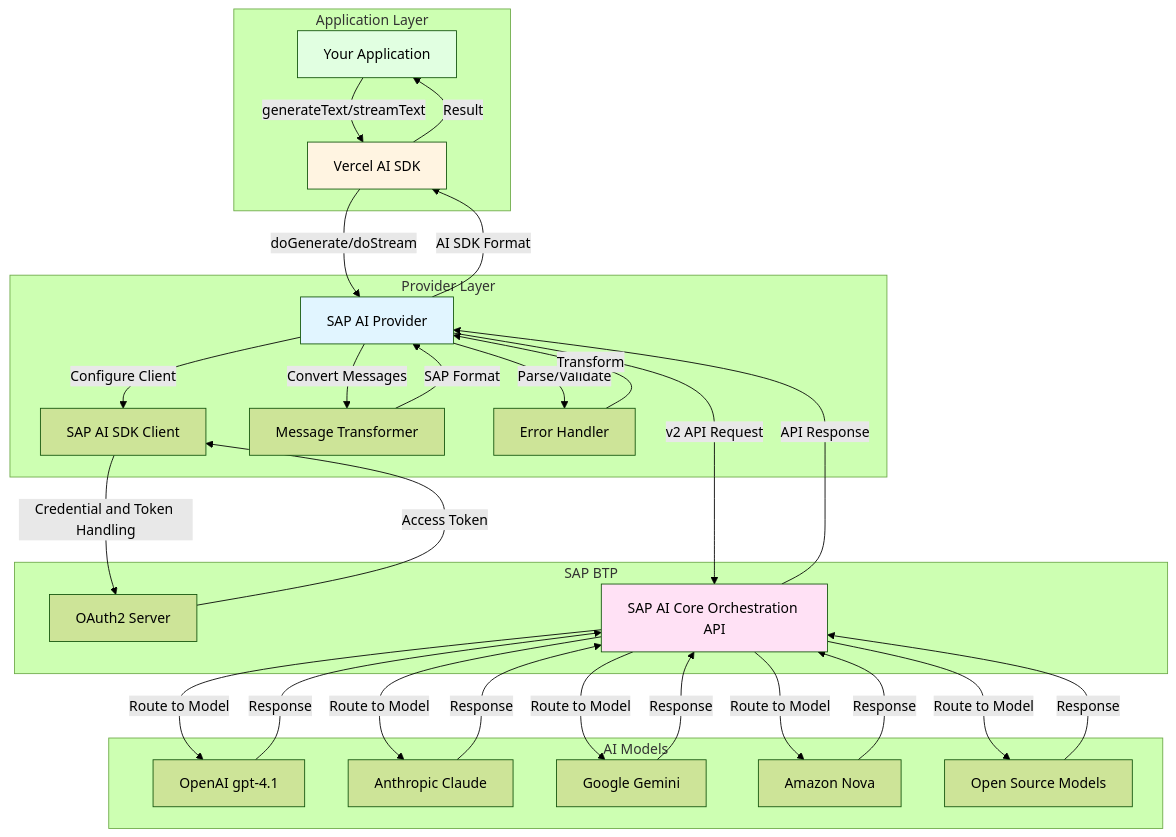
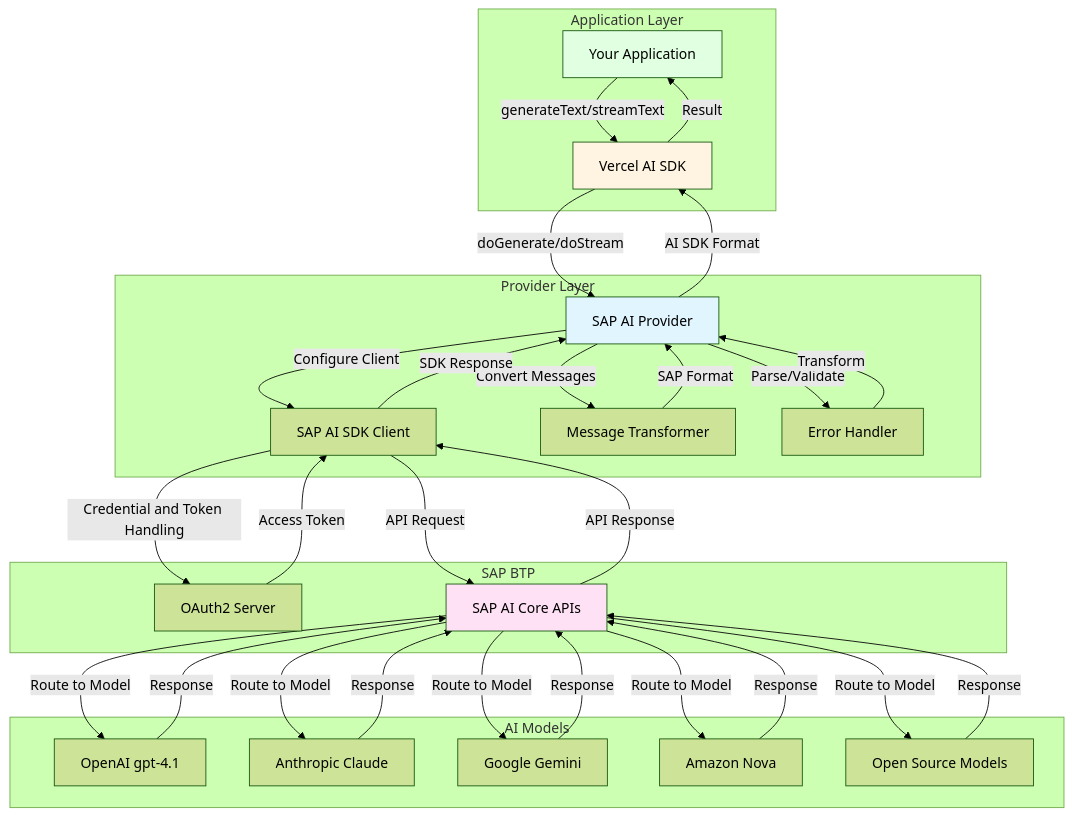
Before and after one commit to jerome-benoit/sap-ai-provider: the first of 11 diagrams in ARCHITECTURE.md, drawn with Mermaid (forest theme). The commit also changed other lines of this file and 24 other files, not shown here.

````diff
--- a/ARCHITECTURE.md
+++ b/ARCHITECTURE.md
@@ -96,56 +96,57 @@
 ```mermaid
 graph TB
     subgraph "Application Layer"
         App[Your Application]
         SDK[Vercel AI SDK]
     end
 
     subgraph "Provider Layer"
         Provider[SAP AI Provider]
         SAPSDK[SAP AI SDK Client]
         Transform[Message Transformer]
         Error[Error Handler]
     end
 
     subgraph "SAP BTP"
         OAuth[OAuth2 Server]
-        SAPAI[SAP AI Core Orchestration API]
+        SAPAI[SAP AI Core APIs]
     end
 
     subgraph "AI Models"
         GPT[OpenAI gpt-4.1]
         Claude[Anthropic Claude]
         Gemini[Google Gemini]
         Nova[Amazon Nova]
         OSS[Open Source Models]
     end
 
     App -->|generateText/streamText| SDK
     SDK -->|doGenerate/doStream| Provider
     Provider -->|Configure Client| SAPSDK
     SAPSDK -->|Credential and Token Handling| OAuth
     OAuth -->|Access Token| SAPSDK
     Provider -->|Convert Messages| Transform
     Transform -->|SAP Format| Provider
-    Provider -->|v2 API Request| SAPAI
+    SAPSDK -->|API Request| SAPAI
     SAPAI -->|Route to Model| GPT
     SAPAI -->|Route to Model| Claude
     SAPAI -->|Route to Model| Gemini
     SAPAI -->|Route to Model| Nova
     SAPAI -->|Route to Model| OSS
     GPT -->|Response| SAPAI
     Claude -->|Response| SAPAI
     Gemini -->|Response| SAPAI
     Nova -->|Response| SAPAI
     OSS -->|Response| SAPAI
-    SAPAI -->|API Response| Provider
+    SAPAI -->|API Response| SAPSDK
+    SAPSDK -->|SDK Response| Provider
     Provider -->|Parse/Validate| Error
     Error -->|Transform| Provider
     Provider -->|AI SDK Format| SDK
     SDK -->|Result| App
 
     style Provider fill:#e1f5ff
     style SDK fill:#fff4e1
     style SAPAI fill:#ffe1f5
     style App fill:#e1ffe1
 ```
````
